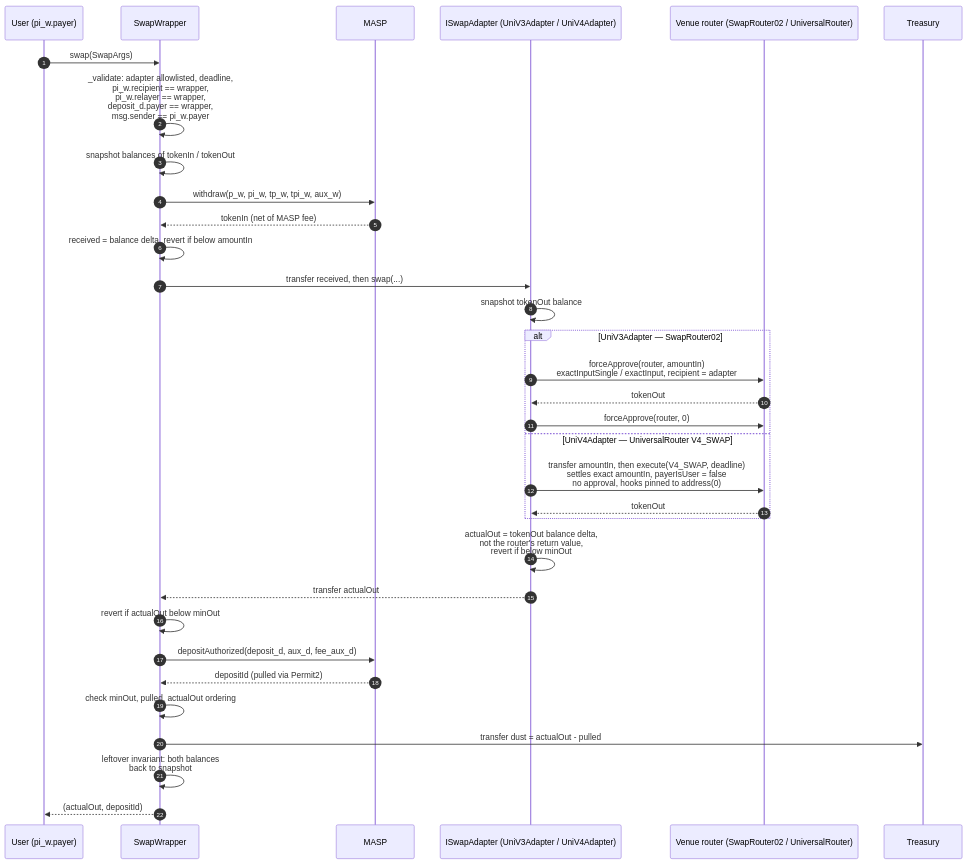
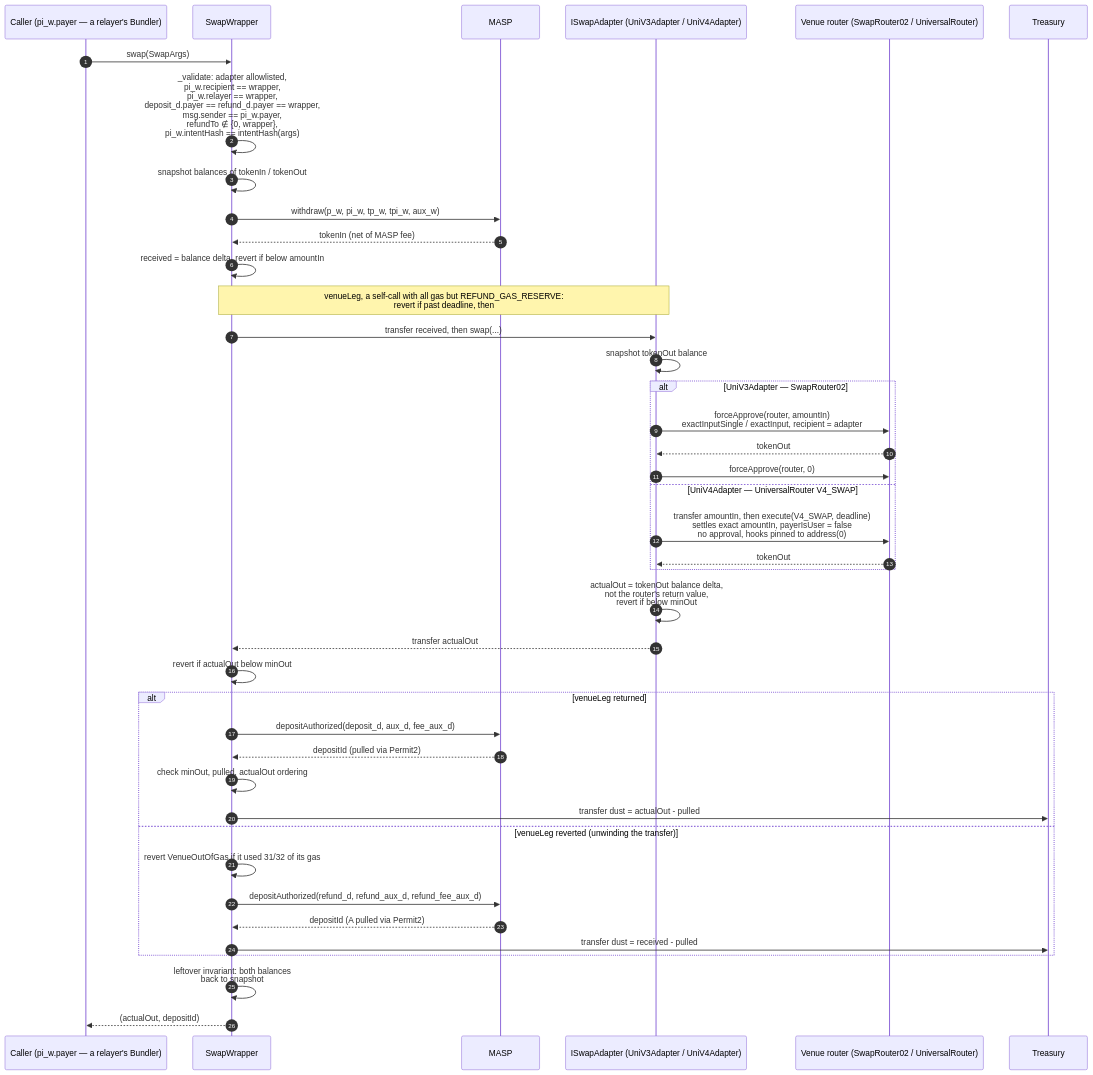
Diagram 11 of 12 in src/README.md (lelantos-org/contracts), drawn with Mermaid before and after one commit. The commit also changed other lines of this file and 275 other files, not shown here.

````diff
--- a/src/README.md
+++ b/src/README.md
@@ -688,36 +759,44 @@
 ```mermaid
 sequenceDiagram
   autonumber
-  participant U as User (pi_w.payer)
+  participant U as Caller (pi_w.payer — a relayer's Bundler)
   participant SW as SwapWrapper
   participant M as MASP
   participant AD as ISwapAdapter (UniV3Adapter / UniV4Adapter)
   participant RT as Venue router (SwapRouter02 / UniversalRouter)
   participant TR as Treasury
 
   U->>SW: swap(SwapArgs)
-  SW->>SW: _validate: adapter allowlisted, deadline,<br/>pi_w.recipient == wrapper,<br/>pi_w.relayer == wrapper,<br/>deposit_d.payer == wrapper,<br/>msg.sender == pi_w.payer
+  SW->>SW: _validate: adapter allowlisted,<br/>pi_w.recipient == wrapper,<br/>pi_w.relayer == wrapper,<br/>deposit_d.payer == refund_d.payer == wrapper,<br/>msg.sender == pi_w.payer,<br/>refundTo ∉ {0, wrapper},<br/>pi_w.intentHash == intentHash(args)
   SW->>SW: snapshot balances of tokenIn / tokenOut
   SW->>M: withdraw(p_w, pi_w, tp_w, tpi_w, aux_w)
   M-->>SW: tokenIn (net of MASP fee)
   SW->>SW: received = balance delta, revert if below amountIn
+  Note over SW,AD: venueLeg, a self-call with all gas but REFUND_GAS_RESERVE:<br/>revert if past deadline, then
   SW->>AD: transfer received, then swap(...)
   AD->>AD: snapshot tokenOut balance
   alt UniV3Adapter — SwapRouter02
     AD->>RT: forceApprove(router, amountIn)<br/>exactInputSingle / exactInput, recipient = adapter
     RT-->>AD: tokenOut
     AD->>RT: forceApprove(router, 0)
   else UniV4Adapter — UniversalRouter V4_SWAP
     AD->>RT: transfer amountIn, then execute(V4_SWAP, deadline)<br/>settles exact amountIn, payerIsUser = false<br/>no approval, hooks pinned to address(0)
     RT-->>AD: tokenOut
   end
   AD->>AD: actualOut = tokenOut balance delta,<br/>not the router's return value,<br/>revert if below minOut
   AD-->>SW: transfer actualOut
   SW->>SW: revert if actualOut below minOut
-  SW->>M: depositAuthorized(deposit_d, aux_d, fee_aux_d)
-  M-->>SW: depositId (pulled via Permit2)
-  SW->>SW: check minOut, pulled, actualOut ordering
-  SW->>TR: transfer dust = actualOut - pulled
+  alt venueLeg returned
+    SW->>M: depositAuthorized(deposit_d, aux_d, fee_aux_d)
+    M-->>SW: depositId (pulled via Permit2)
+    SW->>SW: check minOut, pulled, actualOut ordering
+    SW->>TR: transfer dust = actualOut - pulled
+  else venueLeg reverted (unwinding the transfer)
+    SW->>SW: revert VenueOutOfGas if it used 31/32 of its gas
+    SW->>M: depositAuthorized(refund_d, refund_aux_d, refund_fee_aux_d)
+    M-->>SW: depositId (A pulled via Permit2)
+    SW->>TR: transfer dust = received - pulled
+  end
   SW->>SW: leftover invariant: both balances<br/>back to snapshot
   SW-->>U: (actualOut, depositId)
 ```
````
